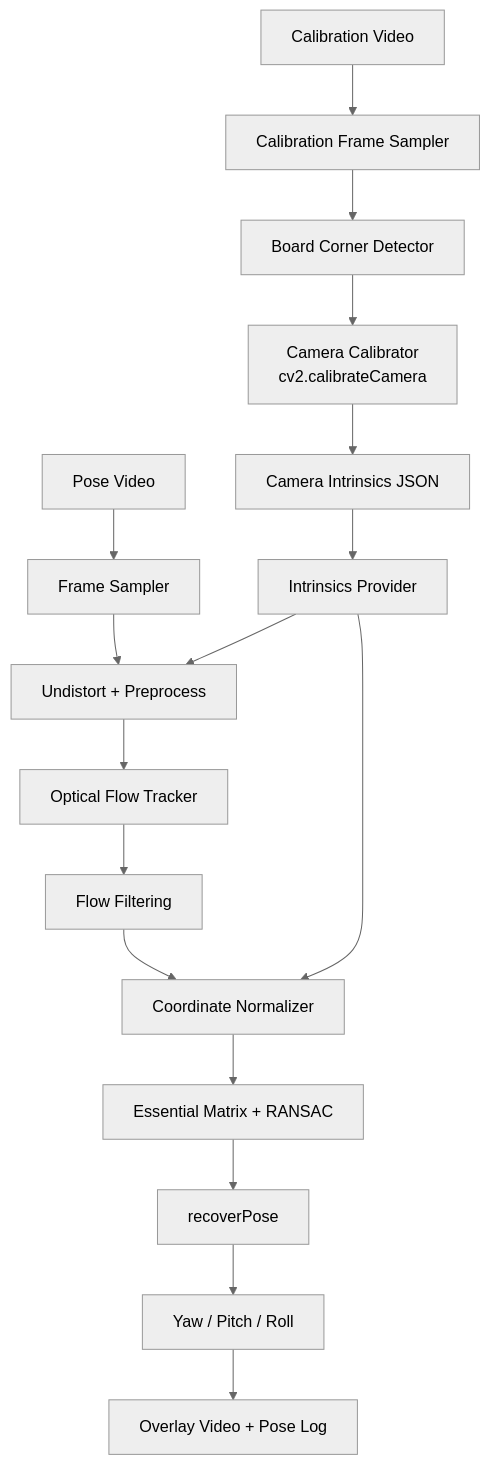
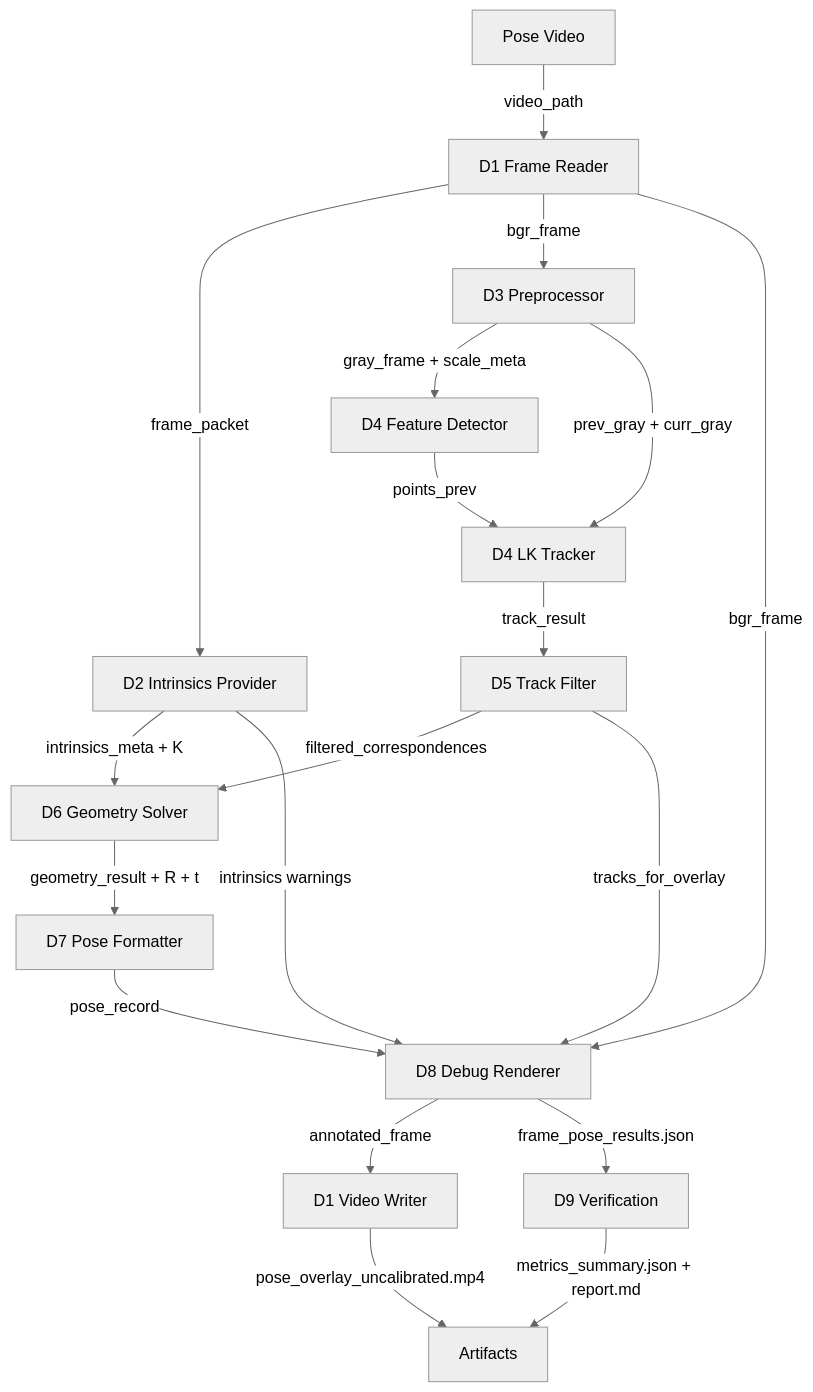
One commit to Rt209/camera-angle changed the diagram in breakdown/02_Optical_Flow_Pose/03_Design/optical_flow_pose_pipeline_design.md. Above: the diagram before and after it, drawn with Mermaid (neutral theme). The commit also changed other lines of this file and 6 other files, not shown here.

````diff
--- a/breakdown/02_Optical_Flow_Pose/03_Design/optical_flow_pose_pipeline_design.md
+++ b/breakdown/02_Optical_Flow_Pose/03_Design/optical_flow_pose_pipeline_design.md
@@ -40,20 +32,21 @@
 ```mermaid
 flowchart TD
-    A[Calibration Video] --> B[Calibration Frame Sampler]
-    B --> C[Board Corner Detector]
-    C --> D[Camera Calibrator<br/>cv2.calibrateCamera]
-    D --> E[Camera Intrinsics JSON]
-
-    F[Pose Video] --> G[Frame Sampler]
-    E --> H[Intrinsics Provider]
-    G --> I[Undistort + Preprocess]
-    H --> I
-    I --> J[Optical Flow Tracker]
-    J --> K[Flow Filtering]
-    K --> L[Coordinate Normalizer]
-    H --> L
-    L --> M[Essential Matrix + RANSAC]
-    M --> N[recoverPose]
-    N --> O[Yaw / Pitch / Roll]
-    O --> P[Overlay Video + Pose Log]
+    A[Pose Video] -->|video_path| B[D1 Frame Reader]
+    B -->|frame_packet| C[D2 Intrinsics Provider]
+    B -->|bgr_frame| D[D3 Preprocessor]
+    C -->|intrinsics_meta + K| H[D6 Geometry Solver]
+    D -->|gray_frame + scale_meta| E[D4 Feature Detector]
+    E -->|points_prev| F[D4 LK Tracker]
+    D -->|prev_gray + curr_gray| F
+    F -->|track_result| G[D5 Track Filter]
+    G -->|filtered_correspondences| H
+    H -->|geometry_result + R + t| I[D7 Pose Formatter]
+    I -->|pose_record| J[D8 Debug Renderer]
+    G -->|tracks_for_overlay| J
+    B -->|bgr_frame| J
+    C -->|intrinsics warnings| J
+    J -->|annotated_frame| K[D1 Video Writer]
+    J -->|frame_pose_results.json| L[D9 Verification]
+    K -->|pose_overlay_uncalibrated.mp4| M[Artifacts]
+    L -->|metrics_summary.json + report.md| M
 ```
````
